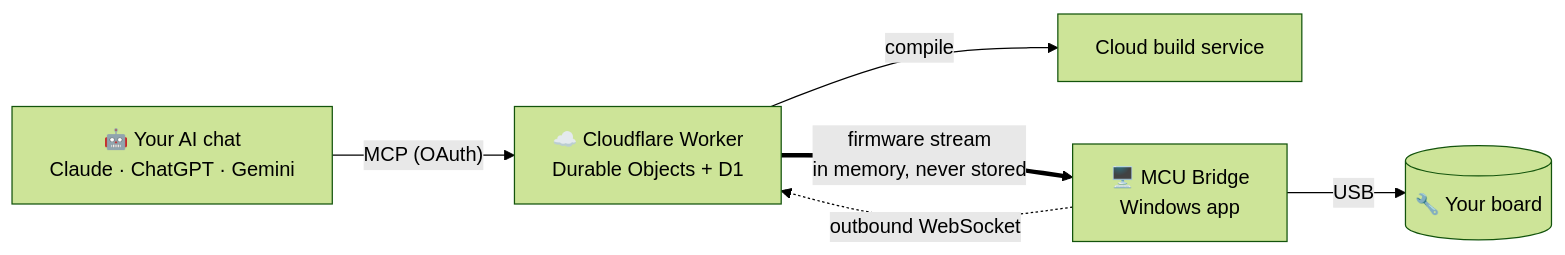
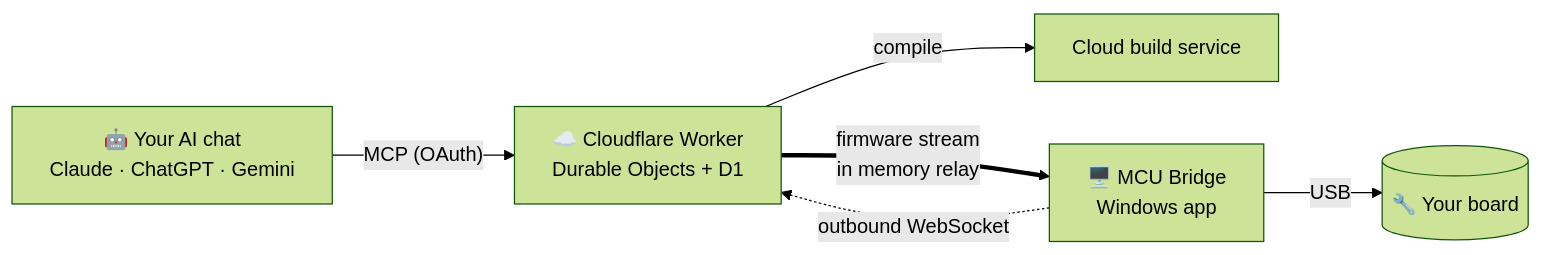
The diagram in README.md (acegikmo135/Flashlink), drawn with Mermaid (forest theme) before and after one commit. The commit also changed other lines of this file and 14 other files, not shown here.

````diff
--- a/README.md
+++ b/README.md
@@ -62,8 +62,8 @@
 ```mermaid
 flowchart LR
     AI["🤖 Your AI chat<br/>Claude · ChatGPT · Gemini"] -- "MCP (OAuth)" --> W["☁️ Cloudflare Worker<br/>Durable Objects + D1"]
     W -- "compile" --> B["Cloud build service"]
-    W == "firmware stream<br/>in memory, never stored" ==> PC["🖥️ MCU Bridge<br/>Windows app"]
+    W == "firmware stream<br/>in memory relay" ==> PC["🖥️ MCU Bridge<br/>Windows app"]
     PC -. "outbound WebSocket" .-> W
     PC -- "USB" --> MCU[("🔧 Your board")]
 ```
````
